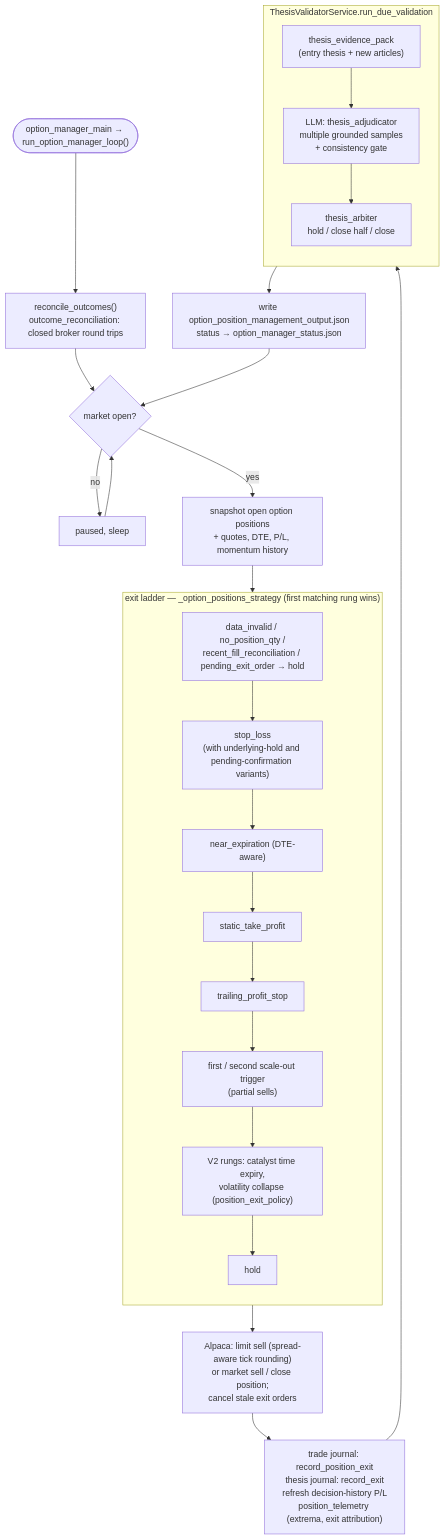
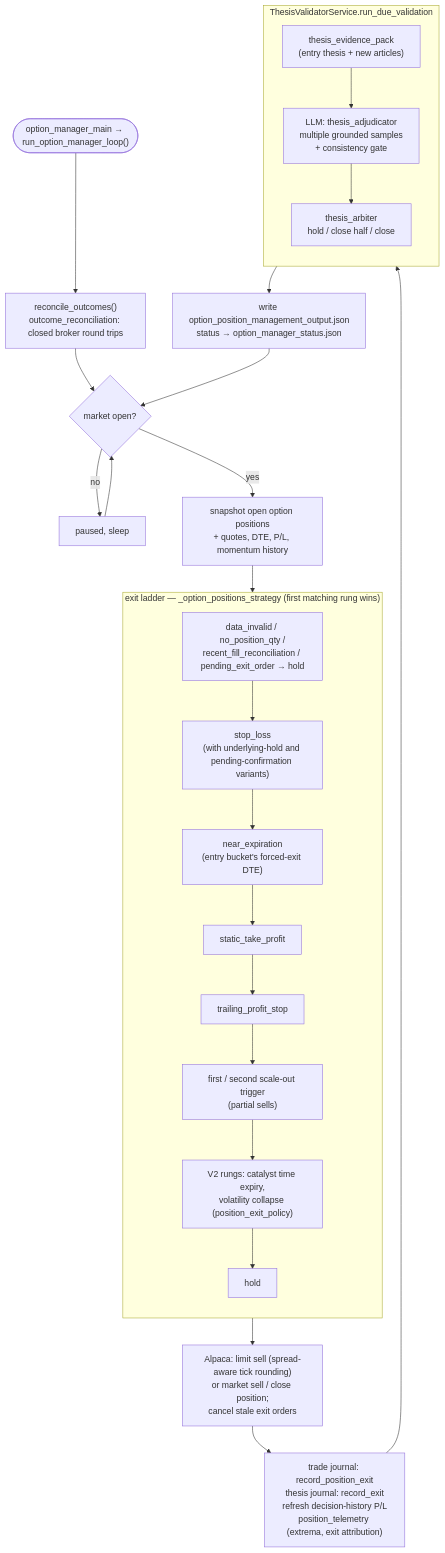
Before and after one commit to GeorgeStatho/agentic-trading-research: the seventh of 11 diagrams in docs/SYSTEM_DIAGRAM.md, drawn with Mermaid. The commit also changed other lines of this file and 50 other files, not shown here.

````diff
--- a/docs/SYSTEM_DIAGRAM.md
+++ b/docs/SYSTEM_DIAGRAM.md
@@ -321,34 +325,34 @@
 ```mermaid
 flowchart TD
     start(["option_manager_main → run_option_manager_loop()"]) --> recon["reconcile_outcomes()<br/>outcome_reconciliation: closed broker round trips"]
     recon --> open{"market open?"}
     open -->|no| wait["paused, sleep"] --> open
     open -->|yes| snap["snapshot open option positions<br/>+ quotes, DTE, P/L, momentum history"]
     snap --> ladder
 
     subgraph ladder["exit ladder — _option_positions_strategy (first matching rung wins)"]
         direction TB
         e0["data_invalid / no_position_qty /<br/>recent_fill_reconciliation / pending_exit_order → hold"]
         e1["stop_loss<br/>(with underlying-hold and pending-confirmation variants)"]
-        e2["near_expiration (DTE-aware)"]
+        e2["near_expiration<br/>(entry bucket's forced-exit DTE)"]
         e3["static_take_profit"]
         e4["trailing_profit_stop"]
         e5["first / second scale-out trigger<br/>(partial sells)"]
         e6["V2 rungs: catalyst time expiry,<br/>volatility collapse (position_exit_policy)"]
         e7["hold"]
         e0 --> e1 --> e2 --> e3 --> e4 --> e5 --> e6 --> e7
     end
 
     ladder --> orders["Alpaca: limit sell (spread-aware tick rounding)<br/>or market sell / close position;<br/>cancel stale exit orders"]
     orders --> jr["trade journal: record_position_exit<br/>thesis journal: record_exit<br/>refresh decision-history P/L<br/>position_telemetry (extrema, exit attribution)"]
     jr --> tv
 
     subgraph tv["ThesisValidatorService.run_due_validation"]
         direction TB
         pack["thesis_evidence_pack<br/>(entry thesis + new articles)"] --> adj["LLM: thesis_adjudicator<br/>multiple grounded samples<br/>+ consistency gate"]
         adj --> arb["thesis_arbiter<br/>hold / close half / close"]
     end
 
     tv --> outw["write option_position_management_output.json<br/>status → option_manager_status.json"]
     outw --> open
 ```
````
